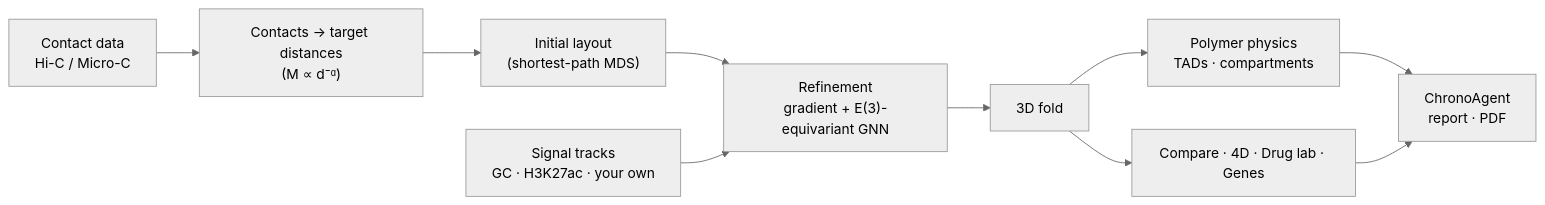
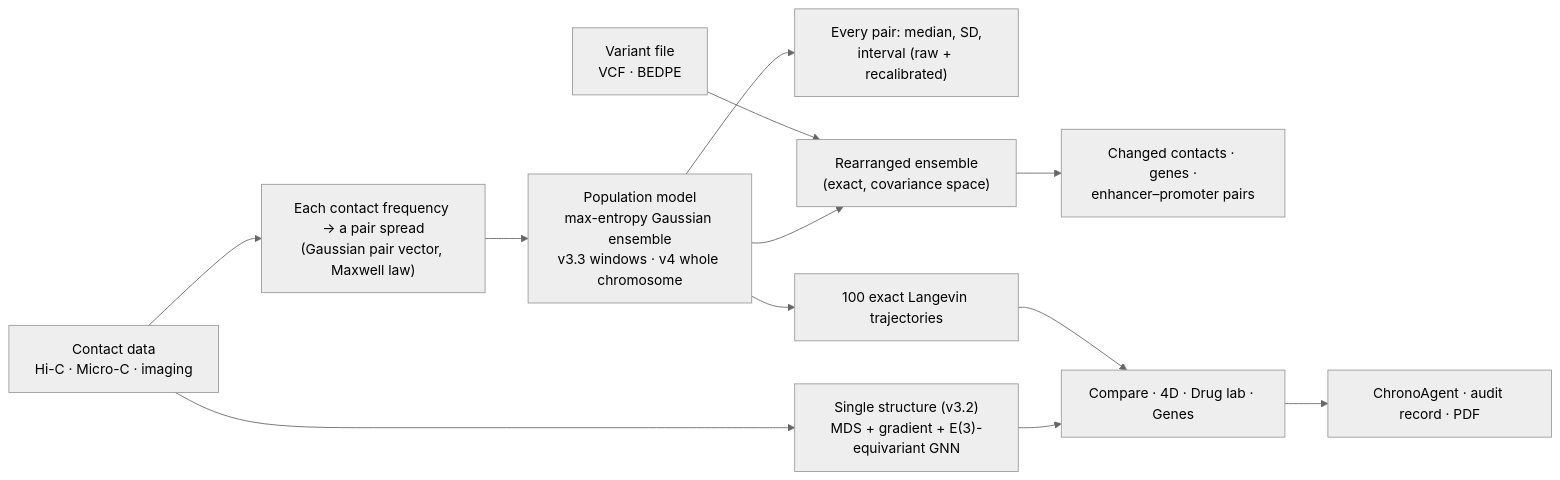
Before and after one commit to Dhruv-Deku/chronocell: the diagram in README.md, drawn with Mermaid (neutral theme). The commit also changed other lines of this file and 3 other files, not shown here.

````diff
--- a/README.md
+++ b/README.md
@@ -76,12 +85,14 @@
 ```mermaid
 flowchart LR
-    A["Contact data<br/>Hi-C / Micro-C"] --> B["Contacts → target distances<br/>(M ∝ d⁻ᵅ)"]
-    B --> C["Initial layout<br/>(shortest-path MDS)"]
-    C --> D["Refinement<br/>gradient + E(3)-equivariant GNN"]
-    D --> E["3D fold"]
-    F["Signal tracks<br/>GC · H3K27ac · your own"] --> D
-    E --> G["Polymer physics<br/>TADs · compartments"]
-    E --> H["Compare · 4D · Drug lab · Genes"]
-    G --> I["ChronoAgent<br/>report · PDF"]
-    H --> I
+    A["Contact data<br/>Hi-C · Micro-C · imaging"] --> B["Each contact frequency → a pair spread<br/>(Gaussian pair vector, Maxwell law)"]
+    B --> P["Population model<br/>max-entropy Gaussian ensemble<br/>v3.3 windows · v4 whole chromosome"]
+    P --> U["Every pair: median, SD,<br/>interval (raw + recalibrated)"]
+    P --> T["100 exact Langevin trajectories"]
+    A --> S["Single structure (v3.2)<br/>MDS + gradient + E(3)-equivariant GNN"]
+    V["Variant file<br/>VCF · BEDPE"] --> X["Rearranged ensemble<br/>(exact, covariance space)"]
+    P --> X
+    X --> Y["Changed contacts · genes ·<br/>enhancer–promoter pairs"]
+    T --> H["Compare · 4D · Drug lab · Genes"]
+    S --> H
+    H --> I["ChronoAgent · audit record · PDF"]
 ```
````
